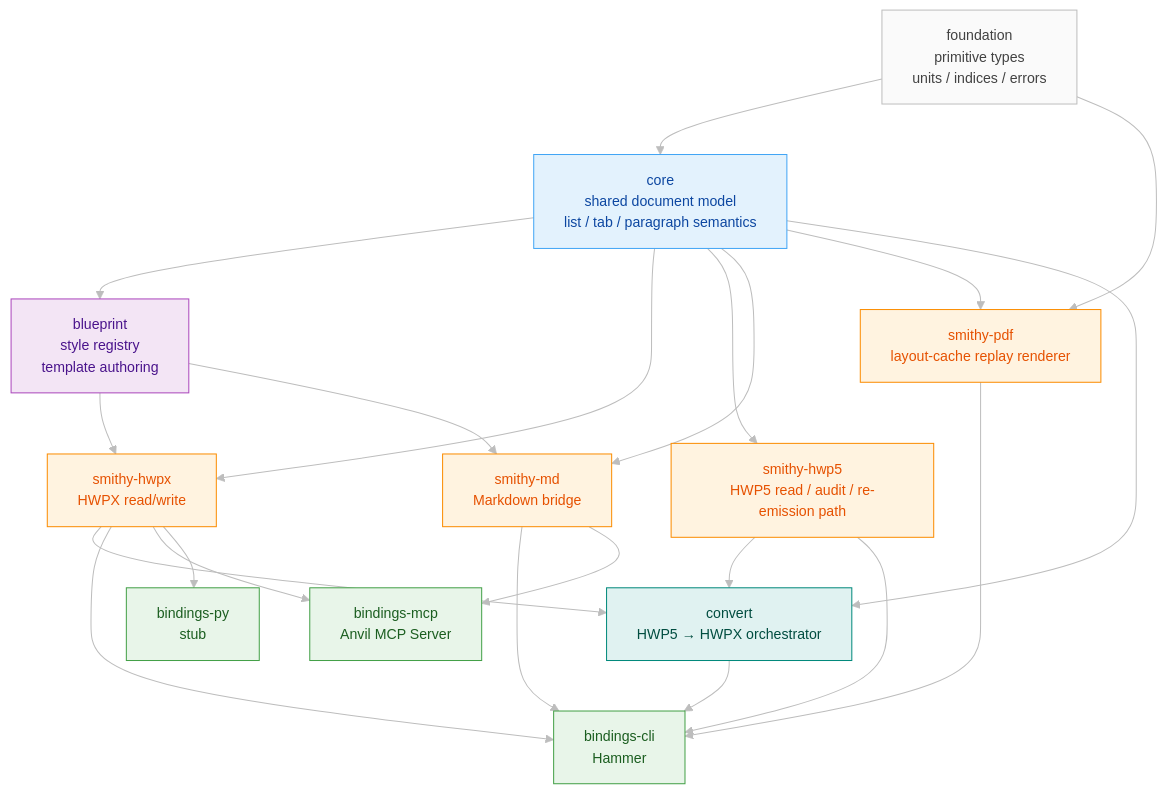
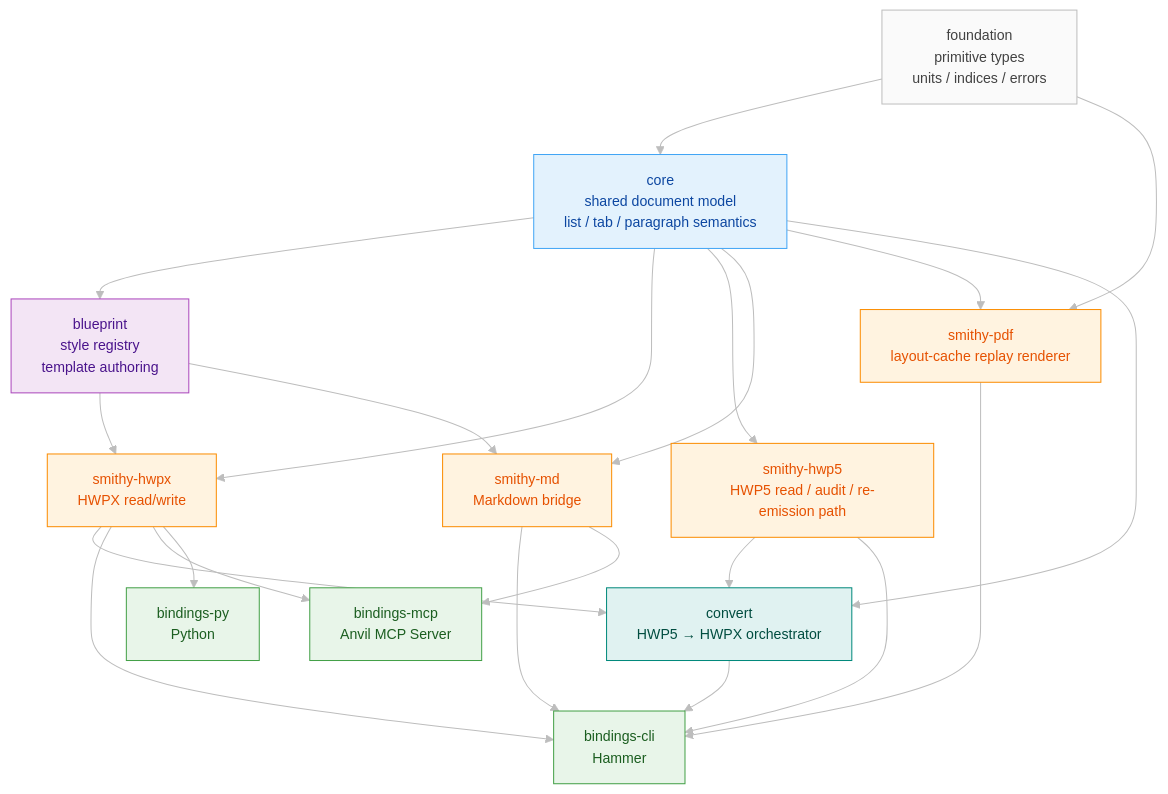
Before and after one commit to ai-screams/HwpForge: the first of 2 diagrams in README.md, drawn with Mermaid. The commit also changed other lines of this file and 7 other files, not shown here.

````diff
--- a/README.md
+++ b/README.md
@@ -417,47 +438,47 @@
 ```mermaid
 %%{init: {'theme': 'base', 'themeVariables': {'fontSize': '14px', 'lineColor': '#BDBDBD'}}}%%
 flowchart TB
     F["foundation<br/>primitive types<br/>units / indices / errors"]:::foundation
     C["core<br/>shared document model<br/>list / tab / paragraph semantics"]:::core
     B["blueprint<br/>style registry<br/>template authoring"]:::blueprint
 
     SHX["smithy-hwpx<br/>HWPX read/write"]:::smithy
     SH5["smithy-hwp5<br/>HWP5 read / audit / re-emission path"]:::smithy
     SMD["smithy-md<br/>Markdown bridge"]:::smithy
     SPDF["smithy-pdf<br/>layout-cache replay renderer"]:::smithy
 
     CONV["convert<br/>HWP5 → HWPX orchestrator"]:::convert
 
     CLI["bindings-cli<br/>Hammer"]:::binding
     MCP["bindings-mcp<br/>Anvil MCP Server"]:::binding
-    PY["bindings-py<br/>stub"]:::binding
+    PY["bindings-py<br/>Python"]:::binding
 
     F --> C
     C --> B
     C --> SHX
     C --> SH5
     C --> SMD
     F --> SPDF
     C --> SPDF
     B --> SHX
     B --> SMD
     C --> CONV
     SHX --> CONV
     SH5 --> CONV
     SHX --> CLI
     SH5 --> CLI
     SMD --> CLI
     SPDF --> CLI
     CONV --> CLI
     SHX --> MCP
     SMD --> MCP
     SHX --> PY
 
     classDef file fill:#FFFDE7,stroke:#F9A825,color:#5D4037
     classDef smithy fill:#FFF3E0,stroke:#FB8C00,color:#E65100
     classDef convert fill:#E0F2F1,stroke:#00897B,color:#004D40
     classDef core fill:#E3F2FD,stroke:#42A5F5,color:#0D47A1
     classDef blueprint fill:#F3E5F5,stroke:#AB47BC,color:#4A148C
     classDef foundation fill:#FAFAFA,stroke:#BDBDBD,color:#424242
     classDef binding fill:#E8F5E9,stroke:#43A047,color:#1B5E20
 ```
````
